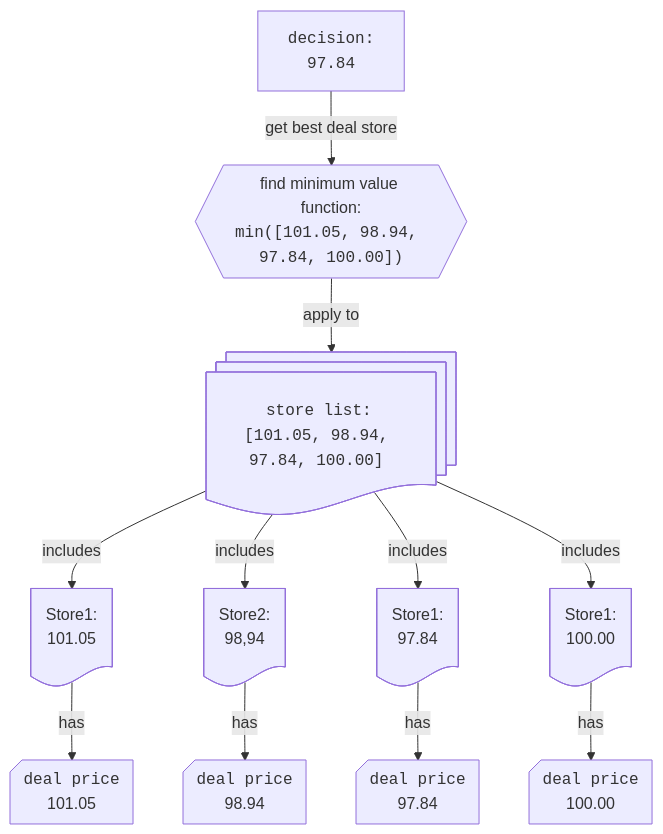
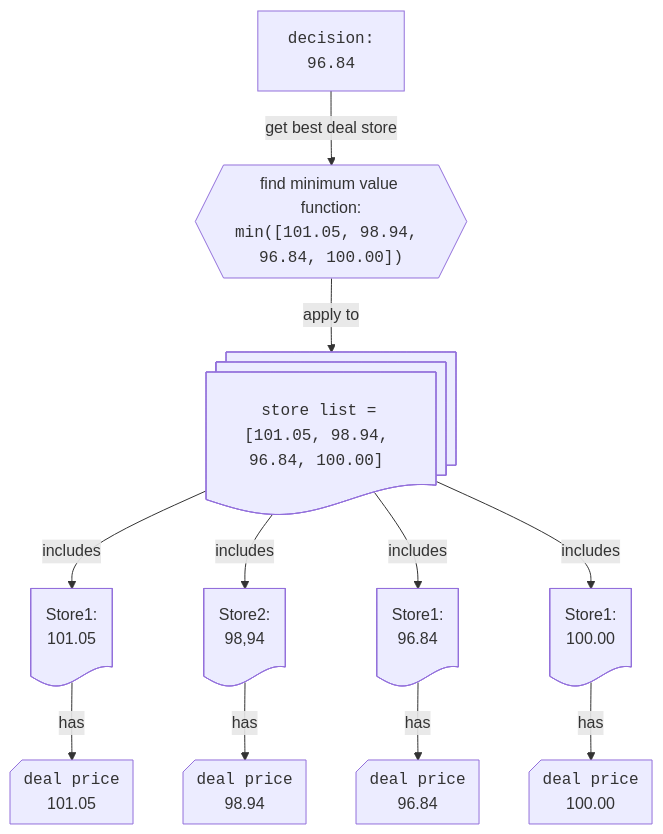
Diagram 18 of 18 in README.md (Walter462/Sneakers), drawn with Mermaid before and after one commit. The commit also changed other lines of this file, not shown here.

````diff
--- a/README.md
+++ b/README.md
@@ -921,17 +958,17 @@
 ```mermaid
 %%{ init : { "themeVariables": { "htmlLabels": true }}}%%
 graph TB
-  decision@{shape: rect, label: "<code>decision: \n 97.84</code>"}
+  decision@{shape: rect, label: "<code>decision: \n 96.84</code>"}
   decision -->|get best deal store| minf
-  minf@{shape: hex, label: "find minimum value function:\n<code>min([101.05, 98.94, 97.84, 100.00])</code>"}
-  minf -->|apply to| StoreList@{shape: docs, label: "<code>store list:</code> \n <code>[101.05, 98.94, 97.84, 100.00] </code>"}
+  minf@{shape: hex, label: "find minimum value function:\n<code>min([101.05, 98.94, 96.84, 100.00])</code>"}
+  minf -->|apply to| StoreList@{shape: docs, label: "<code>store list =</code> \n <code>[101.05, 98.94, 96.84, 100.00] </code>"}
   StoreList --> |includes|Store1@{shape: doc, label: "Store1:\n 101.05"}
   StoreList --> |includes|Store2@{shape: doc, label: "Store2:\n 98,94"}
-  StoreList --> |includes|Store3@{shape: doc, label: "Store1:\n 97.84"}
+  StoreList --> |includes|Store3@{shape: doc, label: "Store1:\n 96.84"}
   StoreList --> |includes|Store4@{shape: doc, label: "Store1:\n 100.00"}
 
   Store1@{shape: doc} --> |has|deal_price1@{shape: card, label: "<code>deal price</code>\n 101.05"}
   Store2@{shape: doc} --> |has|deal_price2@{shape: card, label: "<code>deal price</code>\n 98.94"}
-  Store3@{shape: doc} --> |has|deal_price3@{shape: card, label: "<code>deal price</code>\n 97.84"}
+  Store3@{shape: doc} --> |has|deal_price3@{shape: card, label: "<code>deal price</code>\n 96.84"}
   Store4@{shape: doc} --> |has|deal_price4@{shape: card, label: "<code>deal price</code>\n 100.00"}
 ```
````
